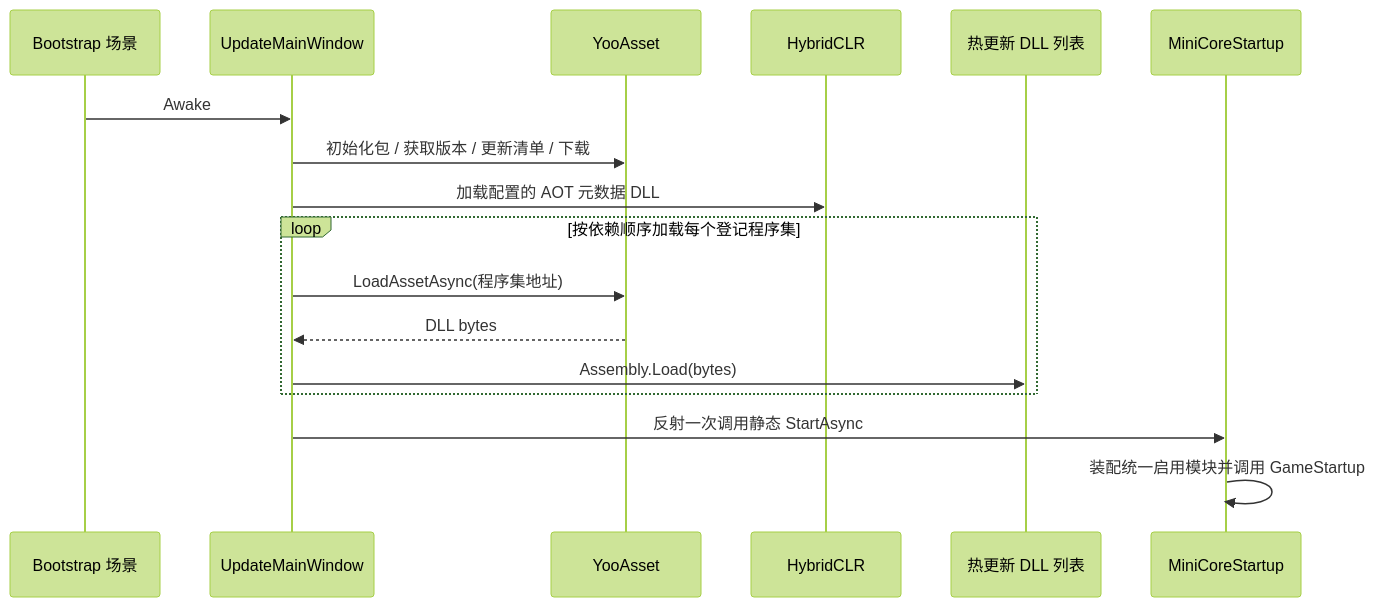
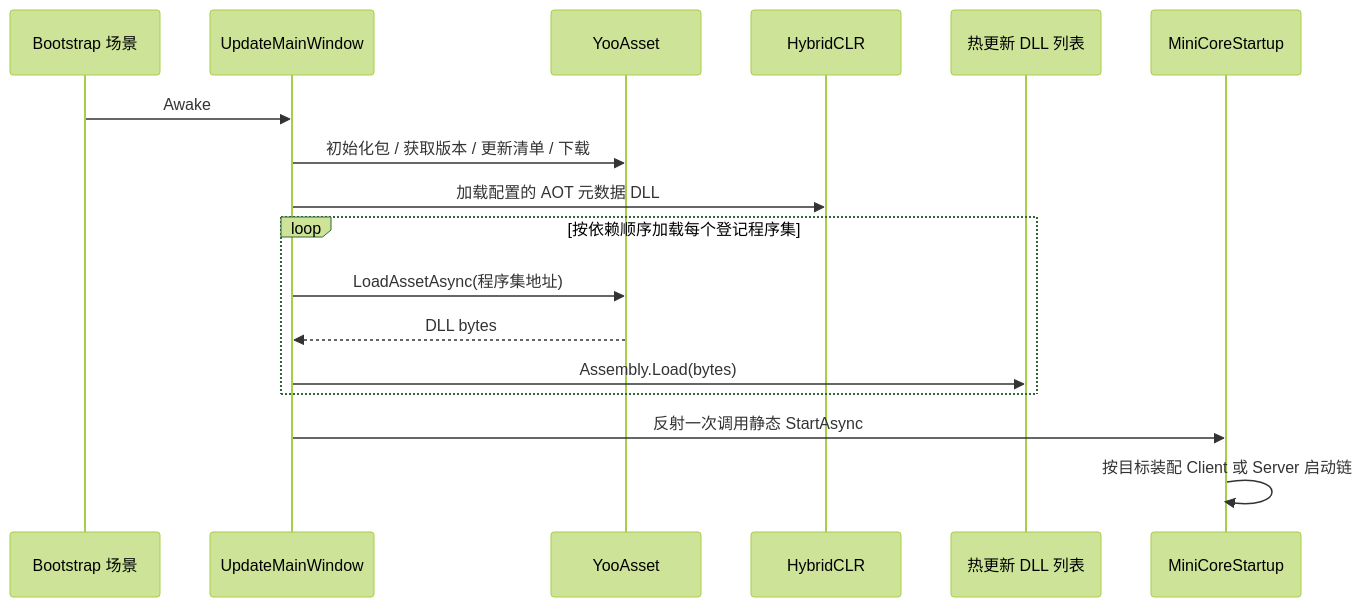
Before and after one commit to ForGetMyGirl/MiniCore: the second of 2 diagrams in Docs/Architecture.md, drawn with Mermaid (forest theme). The commit also changed other lines of this file and 1962 other files, not shown here.

````diff
--- a/Docs/Architecture.md
+++ b/Docs/Architecture.md
@@ -150,20 +155,20 @@
 ```mermaid
 sequenceDiagram
     participant Scene as Bootstrap 场景
     participant Boot as UpdateMainWindow
     participant Yoo as YooAsset
     participant HCLR as HybridCLR
     participant DLL as 热更新 DLL 列表
     participant Startup as MiniCoreStartup
 
     Scene->>Boot: Awake
     Boot->>Yoo: 初始化包 / 获取版本 / 更新清单 / 下载
     Boot->>HCLR: 加载配置的 AOT 元数据 DLL
     loop 按依赖顺序加载每个登记程序集
         Boot->>Yoo: LoadAssetAsync(程序集地址)
         Yoo-->>Boot: DLL bytes
         Boot->>DLL: Assembly.Load(bytes)
     end
     Boot->>Startup: 反射一次调用静态 StartAsync
-    Startup->>Startup: 装配统一启用模块并调用 GameStartup
+    Startup->>Startup: 按目标装配 Client 或 Server 启动链
 ```
````
